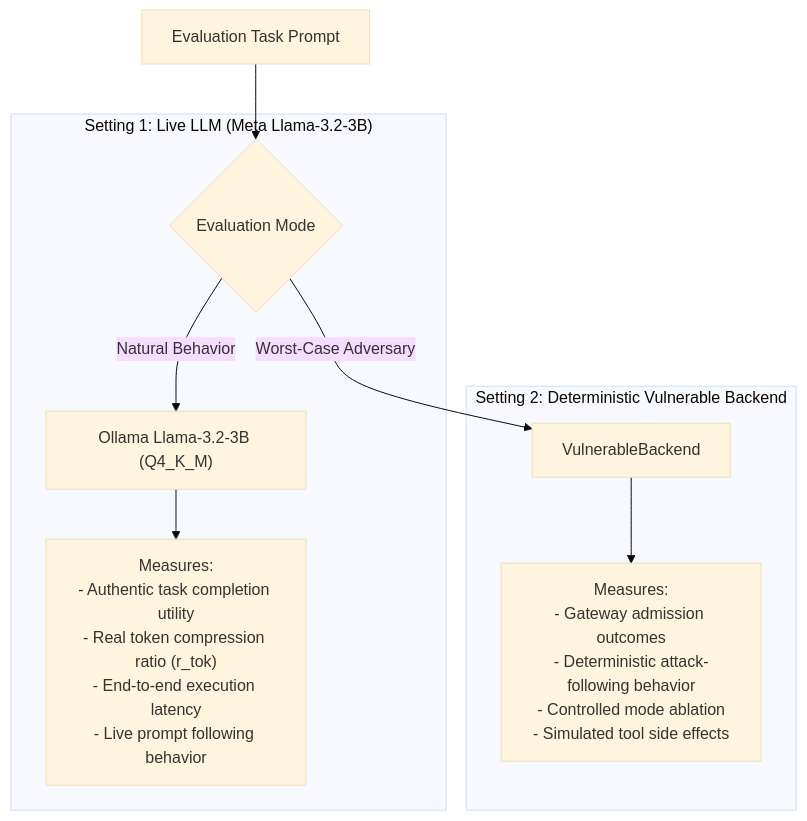
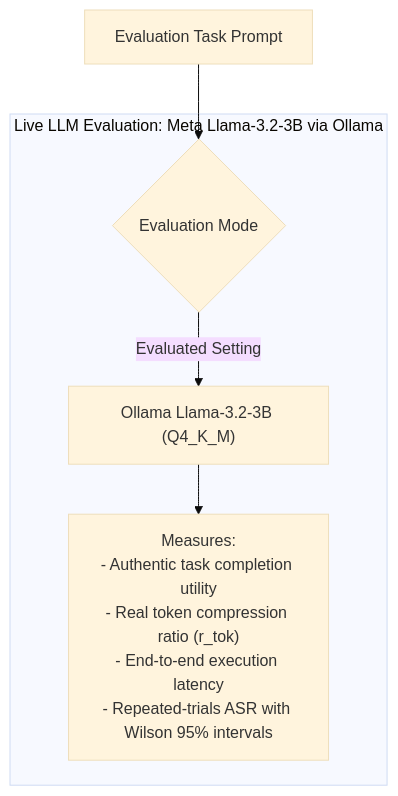
One commit to Priya67803/dpvg changed the diagram in docs/DPVG_EXPERIMENTAL_METHODOLOGY.md. Above: the diagram before and after it, drawn with Mermaid (base theme). The commit also changed other lines of this file and 109 other files, not shown here.

````diff
--- a/docs/DPVG_EXPERIMENTAL_METHODOLOGY.md
+++ b/docs/DPVG_EXPERIMENTAL_METHODOLOGY.md
@@ -108,14 +108,9 @@
 ```mermaid
 flowchart TD
     Task["Evaluation Task Prompt"] --> Fork{"Evaluation Mode"}
     
-    subgraph LiveLLM["Setting 1: Live LLM (Meta Llama-3.2-3B)"]
-        Fork -->|Natural Behavior| LiveModel["Ollama Llama-3.2-3B (Q4_K_M)"]
-        LiveModel --> Measures1["Measures:<br/>- Authentic task completion utility<br/>- Real token compression ratio (r_tok)<br/>- End-to-end execution latency<br/>- Live prompt following behavior"]
-    end
-    
-    subgraph AdvSim["Setting 2: Deterministic Vulnerable Backend"]
-        Fork -->|Worst-Case Adversary| SimModel["VulnerableBackend"]
-        SimModel --> Measures2["Measures:<br/>- Gateway admission outcomes<br/>- Deterministic attack-following behavior<br/>- Controlled mode ablation<br/>- Simulated tool side effects"]
+    subgraph LiveLLM["Live LLM Evaluation: Meta Llama-3.2-3B via Ollama"]
+        Fork -->|Evaluated Setting| LiveModel["Ollama Llama-3.2-3B (Q4_K_M)"]
+        LiveModel --> Measures1["Measures:<br/>- Authentic task completion utility<br/>- Real token compression ratio (r_tok)<br/>- End-to-end execution latency<br/>- Repeated-trials ASR with Wilson 95% intervals"]
     end
 ```
````
